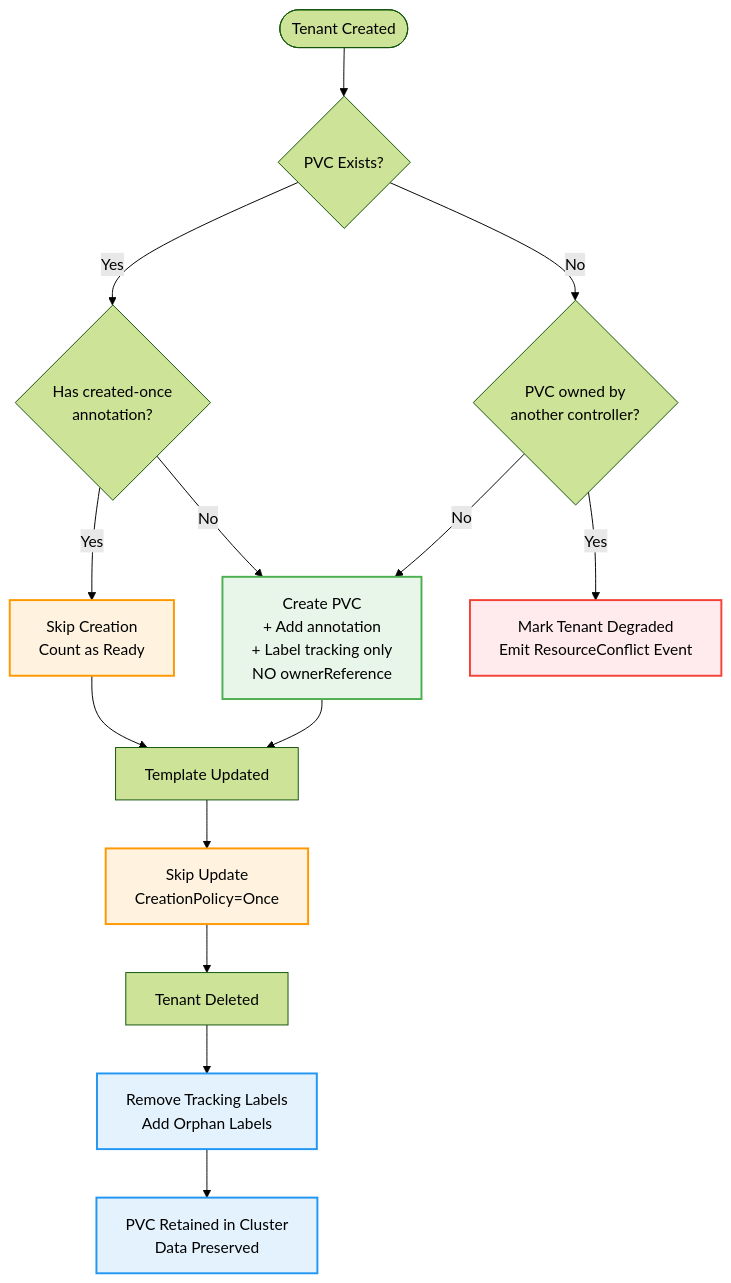
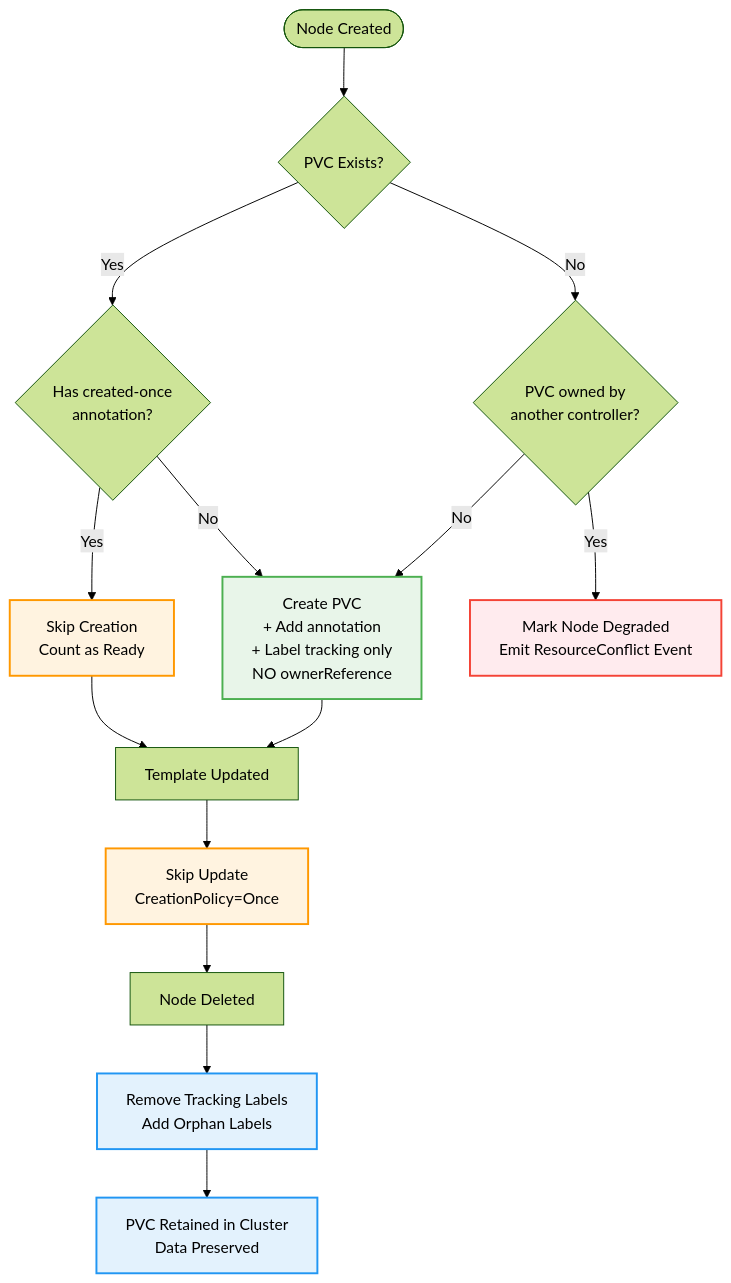
One commit to kubernetes-tenants/tenant-operator changed the first of 7 diagrams in docs/policies-examples.md. Above: the diagram before and after it, drawn with Mermaid (forest theme). The commit also changed other lines of this file and 203 other files, not shown here.

````diff
--- a/docs/policies-examples.md
+++ b/docs/policies-examples.md
@@ -48,43 +48,43 @@
 ```mermaid
 flowchart TD
-    Start([Tenant Created])
+    Start([Node Created])
     CheckExists{PVC Exists?}
     HasAnnotation{Has created-once<br/>annotation?}
     CreatePVC[Create PVC<br/>+ Add annotation<br/>+ Label tracking only<br/>NO ownerReference]
     SkipCreate[Skip Creation<br/>Count as Ready]
     TemplateChange[Template Updated]
     SkipUpdate[Skip Update<br/>CreationPolicy=Once]
-    TenantDelete[Tenant Deleted]
+    NodeDelete[Node Deleted]
     RemoveLabels[Remove Tracking Labels<br/>Add Orphan Labels]
     PVCRetained[PVC Retained in Cluster<br/>Data Preserved]
     ConflictDetect{PVC owned by<br/>another controller?}
-    MarkDegraded[Mark Tenant Degraded<br/>Emit ResourceConflict Event]
+    MarkDegraded[Mark Node Degraded<br/>Emit ResourceConflict Event]
 
     Start --> CheckExists
     CheckExists -->|No| ConflictDetect
     CheckExists -->|Yes| HasAnnotation
 
     ConflictDetect -->|No| CreatePVC
     ConflictDetect -->|Yes| MarkDegraded
 
     HasAnnotation -->|Yes| SkipCreate
     HasAnnotation -->|No| CreatePVC
 
     CreatePVC --> TemplateChange
     SkipCreate --> TemplateChange
     TemplateChange --> SkipUpdate
 
-    SkipUpdate --> TenantDelete
-    TenantDelete --> RemoveLabels
+    SkipUpdate --> NodeDelete
+    NodeDelete --> RemoveLabels
     RemoveLabels --> PVCRetained
 
     classDef createStyle fill:#e8f5e9,stroke:#4caf50,stroke-width:2px;
     classDef skipStyle fill:#fff3e0,stroke:#ff9800,stroke-width:2px;
     classDef retainStyle fill:#e3f2fd,stroke:#2196f3,stroke-width:2px;
     classDef errorStyle fill:#ffebee,stroke:#f44336,stroke-width:2px;
 
     class CreatePVC createStyle;
     class SkipCreate,SkipUpdate skipStyle;
     class PVCRetained,RemoveLabels retainStyle;
     class MarkDegraded errorStyle;
 ```
````
